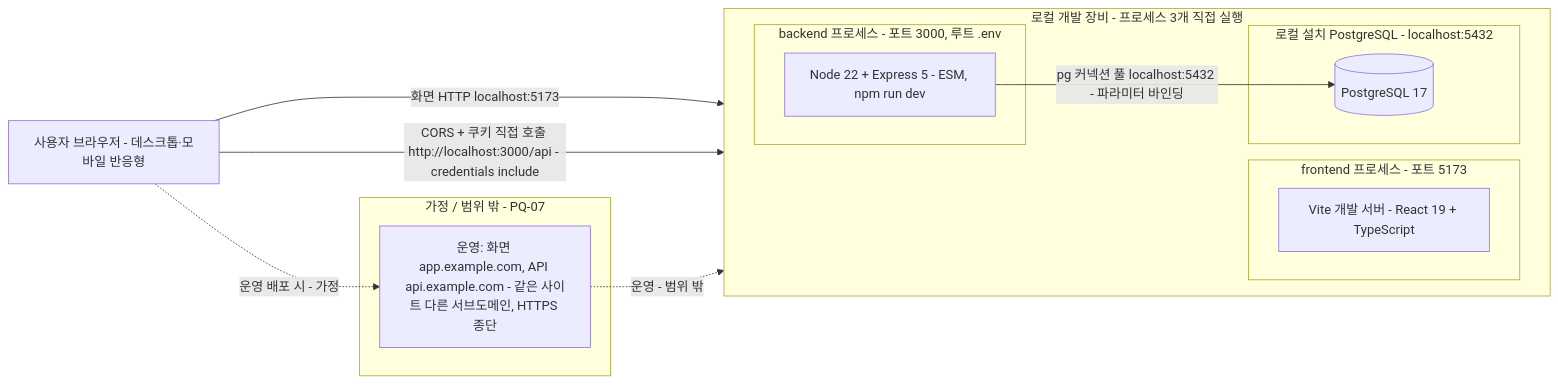
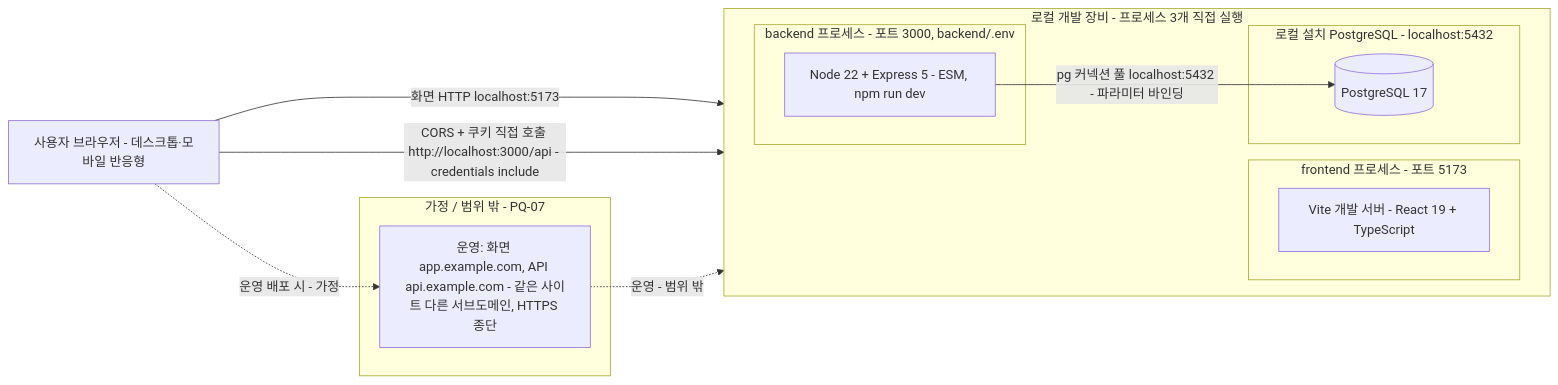
Before and after one commit to Palbok-Kim/todolist-app: the first of 13 diagrams in docs/6-arch-diagram.md, drawn with Mermaid. The commit also changed other lines of this file and 12 other files, not shown here.

````diff
--- a/docs/6-arch-diagram.md
+++ b/docs/6-arch-diagram.md
@@ -53,24 +54,24 @@
 ```mermaid
 flowchart LR
     U["사용자 브라우저 - 데스크톱·모바일 반응형"]
     subgraph HOST["로컬 개발 장비 - 프로세스 3개 직접 실행"]
         direction LR
         subgraph FE["frontend 프로세스 - 포트 5173"]
             VITE["Vite 개발 서버 - React 19 + TypeScript"]
         end
-        subgraph BE["backend 프로세스 - 포트 3000, 루트 .env"]
+        subgraph BE["backend 프로세스 - 포트 3000, backend/.env"]
             API["Node 22 + Express 5 - ESM, npm run dev"]
         end
         subgraph DBC["로컬 설치 PostgreSQL - localhost:5432"]
             PG[("PostgreSQL 17")]
         end
     end
     subgraph OUT["가정 / 범위 밖 - PQ-07"]
         RP["운영: 화면 app.example.com, API api.example.com - 같은 사이트 다른 서브도메인, HTTPS 종단"]
     end
     U -- "화면 HTTP localhost:5173" --> VITE
     U -- "CORS + 쿠키 직접 호출 http://localhost:3000/api - credentials include" --> API
     API -- "pg 커넥션 풀 localhost:5432 - 파라미터 바인딩" --> PG
     U -. "운영 배포 시 - 가정" .-> RP
     RP -. "운영 - 범위 밖" .-> API
 ```
````
